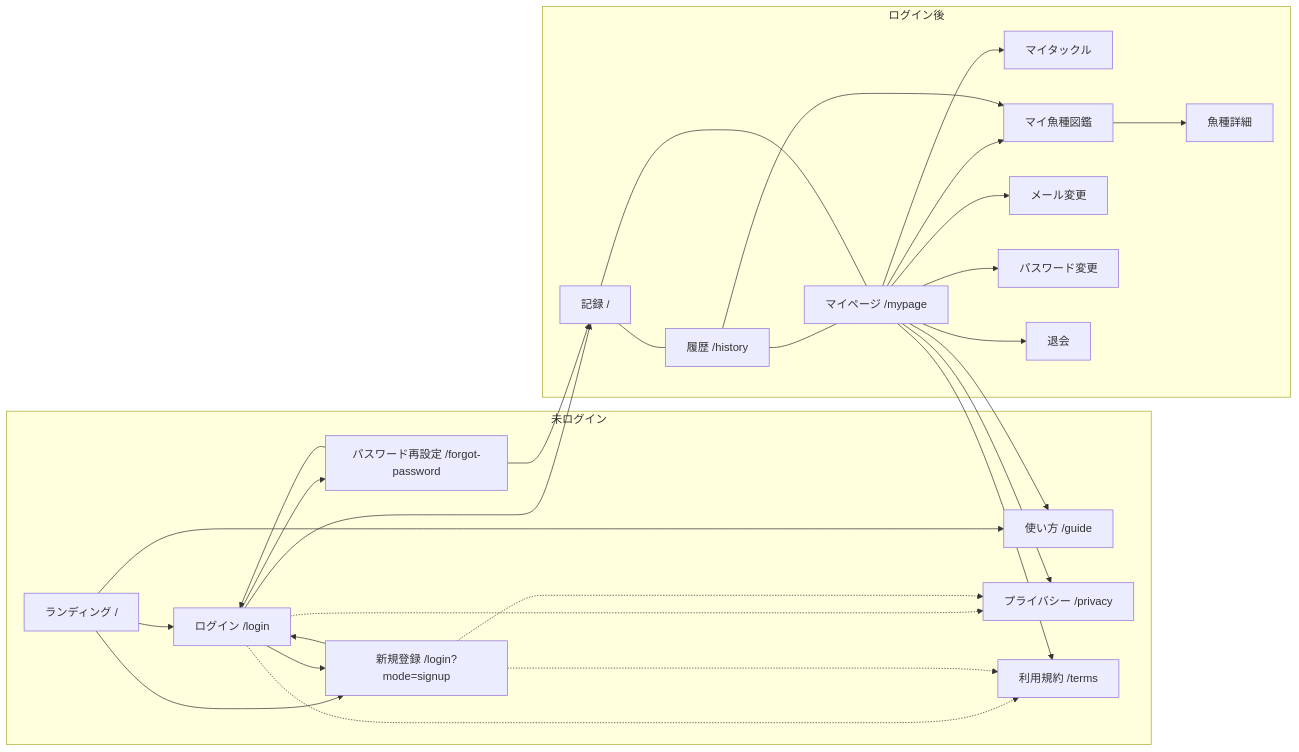
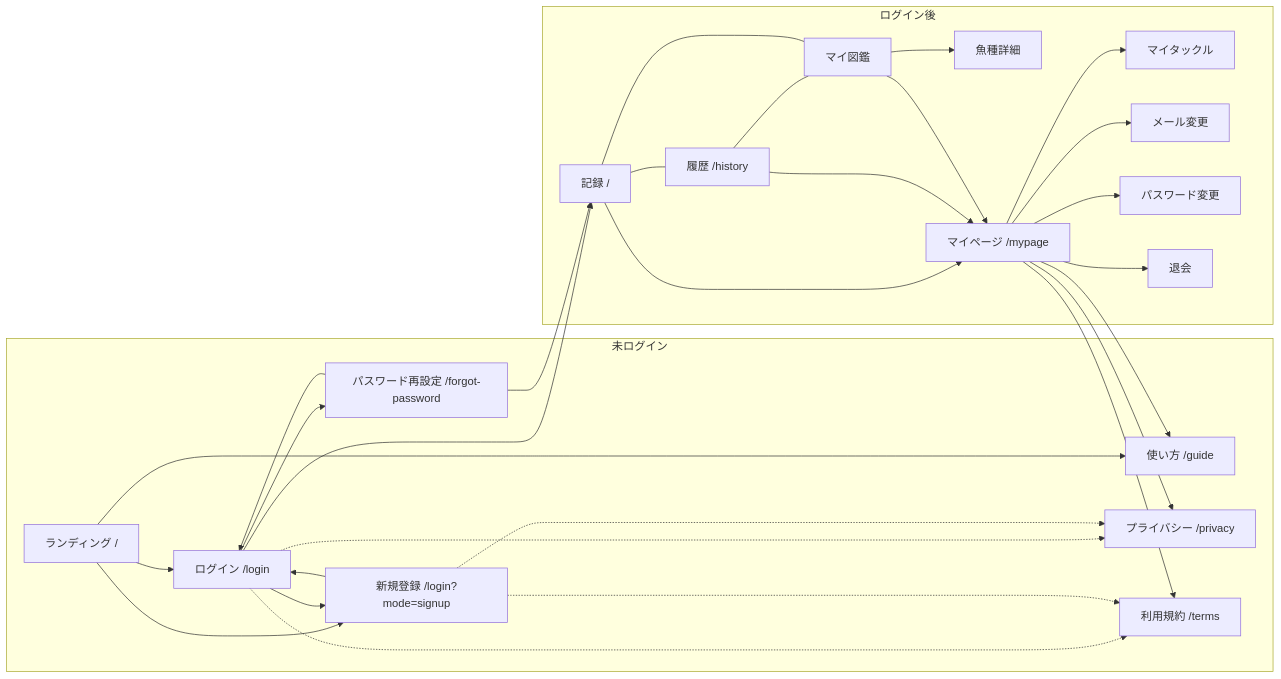
Before and after one commit to honeston/fissingplotter: the third of 3 diagrams in docs/screens/design/README.md, drawn with Mermaid. The commit also changed other lines of this file and 17 other files, not shown here.

Commit message:
ボトムナビを図鑑に差し替え、マイページは上バー左端から開けるようにする。

````diff
--- a/docs/screens/design/README.md
+++ b/docs/screens/design/README.md
@@ -121,54 +121,55 @@
 ```mermaid
 flowchart LR
   subgraph public ["未ログイン"]
     L["ランディング /"]
     Login["ログイン /login"]
     Signup["新規登録 /login?mode=signup"]
     Forgot["パスワード再設定 /forgot-password"]
     Guide["使い方 /guide"]
     Privacy["プライバシー /privacy"]
     Terms["利用規約 /terms"]
   end
 
   subgraph app ["ログイン後"]
     Record["記録 /"]
     History["履歴 /history"]
+    Encyclo["マイ図鑑"]
+    Species["魚種詳細"]
     MyPage["マイページ /mypage"]
     Tackle["マイタックル"]
-    Encyclo["マイ魚種図鑑"]
-    Species["魚種詳細"]
     Email["メール変更"]
     Pass["パスワード変更"]
     Delete["退会"]
   end
 
   L --> Login
   L --> Signup
   L --> Guide
   Login --> Signup
   Login --> Forgot
   Signup --> Login
   Forgot --> Login
   Login --> Record
   Forgot --> Record
 
   Record --- History
-  History --- MyPage
-  Record --- MyPage
+  History --- Encyclo
+  Record --- Encyclo
+  Record --> MyPage
+  History --> MyPage
+  Encyclo --> MyPage
 
   MyPage --> Tackle
-  MyPage --> Encyclo
   MyPage --> Email
   MyPage --> Pass
   MyPage --> Delete
-  History --> Encyclo
   Encyclo --> Species
 
   Login -.-> Privacy
   Login -.-> Terms
   Signup -.-> Privacy
   Signup -.-> Terms
   MyPage --> Guide
   MyPage --> Privacy
   MyPage --> Terms
 ```
````
